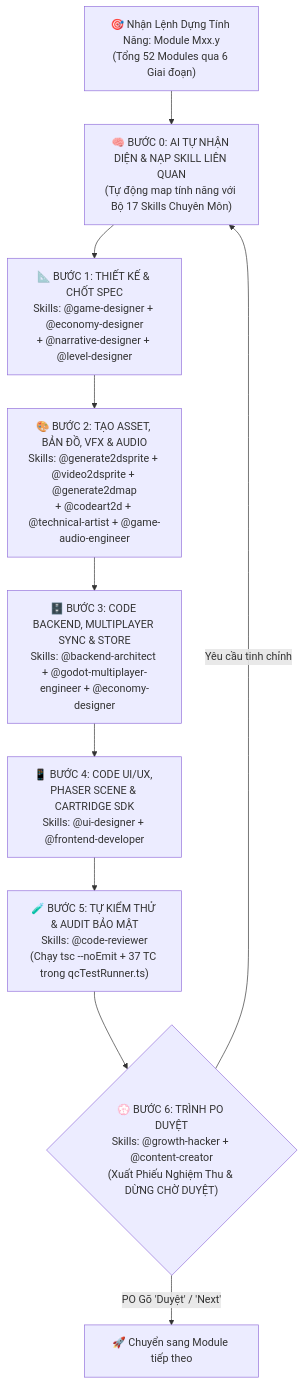
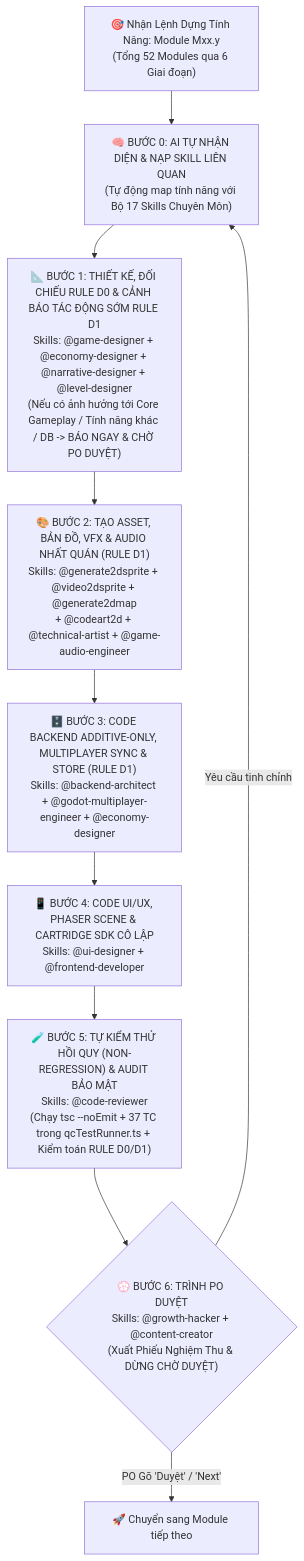
Before and after one commit to ducpham2806/VAC_Online: the diagram in 10_MASTER_AI_PLAYBOOK_Quy_Trinh_AI_Tu_Dong_Dung_Tung_Tinh_Nang.md, drawn with Mermaid. The commit also changed other lines of this file and 19 other files, not shown here.

````diff
--- a/10_MASTER_AI_PLAYBOOK_Quy_Trinh_AI_Tu_Dong_Dung_Tung_Tinh_Nang.md
+++ b/10_MASTER_AI_PLAYBOOK_Quy_Trinh_AI_Tu_Dong_Dung_Tung_Tinh_Nang.md
@@ -13,13 +13,13 @@
 ```mermaid
 flowchart TD
     Input["🎯 Nhận Lệnh Dựng Tính Năng: Module Mxx.y\n(Tổng 52 Modules qua 6 Giai đoạn)"] --> Detect["🧠 BƯỚC 0: AI TỰ NHẬN DIỆN & NẠP SKILL LIÊN QUAN\n(Tự động map tính năng với Bộ 17 Skills Chuyên Môn)"]
 
-    Detect --> S1["📐 BƯỚC 1: THIẾT KẾ & CHỐT SPEC\nSkills: @game-designer + @economy-designer\n+ @narrative-designer + @level-designer"]
-    S1 --> S2["🎨 BƯỚC 2: TẠO ASSET, BẢN ĐỒ, VFX & AUDIO\nSkills: @generate2dsprite + @video2dsprite + @generate2dmap\n+ @codeart2d + @technical-artist + @game-audio-engineer"]
-    S2 --> S3["🗄️ BƯỚC 3: CODE BACKEND, MULTIPLAYER SYNC & STORE\nSkills: @backend-architect + @godot-multiplayer-engineer + @economy-designer"]
-    S3 --> S4["📱 BƯỚC 4: CODE UI/UX, PHASER SCENE & CARTRIDGE SDK\nSkills: @ui-designer + @frontend-developer"]
-    S4 --> S5["🧪 BƯỚC 5: TỰ KIỂM THỬ & AUDIT BẢO MẬT\nSkills: @code-reviewer\n(Chạy tsc --noEmit + 37 TC trong qcTestRunner.ts)"]
+    Detect --> S1["📐 BƯỚC 1: THIẾT KẾ, ĐỐI CHIẾU RULE D0 & CẢNH BÁO TÁC ĐỘNG SỚM RULE D1\nSkills: @game-designer + @economy-designer + @narrative-designer + @level-designer\n(Nếu có ảnh hưởng tới Core Gameplay / Tính năng khác / DB -> BÁO NGAY & CHỜ PO DUYỆT)"]
+    S1 --> S2["🎨 BƯỚC 2: TẠO ASSET, BẢN ĐỒ, VFX & AUDIO NHẤT QUÁN (RULE D1)\nSkills: @generate2dsprite + @video2dsprite + @generate2dmap\n+ @codeart2d + @technical-artist + @game-audio-engineer"]
+    S2 --> S3["🗄️ BƯỚC 3: CODE BACKEND ADDITIVE-ONLY, MULTIPLAYER SYNC & STORE (RULE D1)\nSkills: @backend-architect + @godot-multiplayer-engineer + @economy-designer"]
+    S3 --> S4["📱 BƯỚC 4: CODE UI/UX, PHASER SCENE & CARTRIDGE SDK CÔ LẬP\nSkills: @ui-designer + @frontend-developer"]
+    S4 --> S5["🧪 BƯỚC 5: TỰ KIỂM THỬ HỒI QUY (NON-REGRESSION) & AUDIT BẢO MẬT\nSkills: @code-reviewer\n(Chạy tsc --noEmit + 37 TC trong qcTestRunner.ts + Kiểm toán RULE D0/D1)"]
     S5 --> S6{"💮 BƯỚC 6: TRÌNH PO DUYỆT\nSkills: @growth-hacker + @content-creator\n(Xuất Phiếu Nghiệm Thu & DỪNG CHỜ DUYỆT)"}
     S6 -- "Yêu cầu tinh chỉnh" --> Detect
     S6 -- "PO Gõ 'Duyệt' / 'Next'" --> Next["🚀 Chuyển sang Module tiếp theo"]
 ```
````
